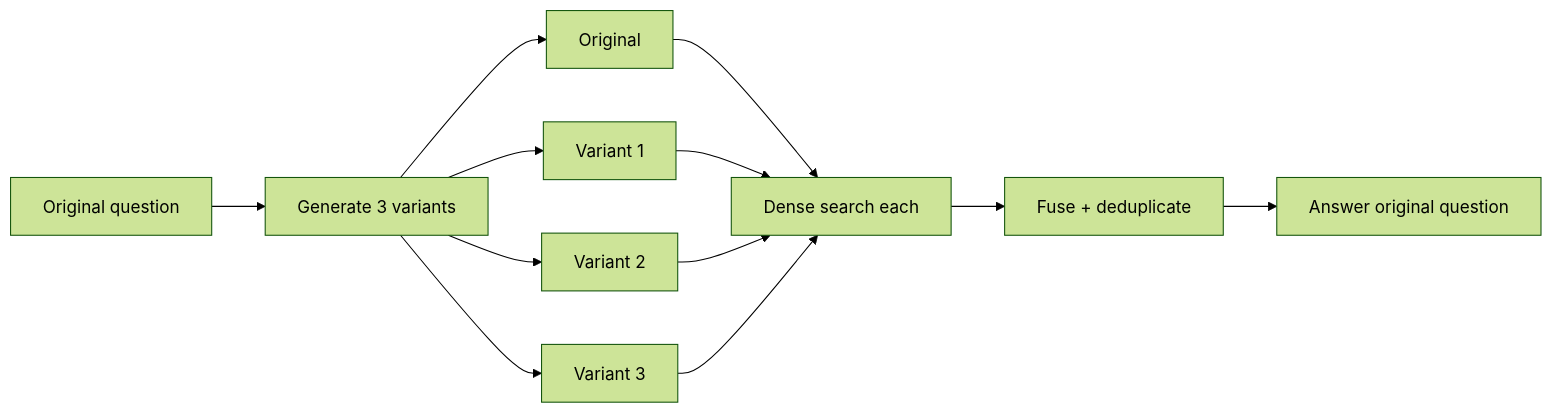
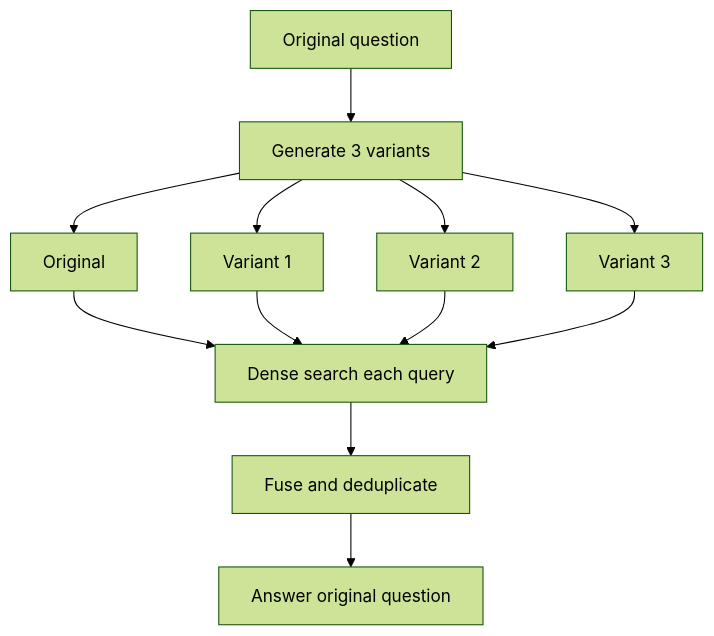
One commit to rajeswarandhandapani/rag-patterns-lab changed the first of 2 diagrams in src/rag_lab/labs/multi_query/README.md. Above: the diagram before and after it, drawn with Mermaid (forest theme). The commit also changed other lines of this file and 10 other files, not shown here.

````diff
--- a/src/rag_lab/labs/multi_query/README.md
+++ b/src/rag_lab/labs/multi_query/README.md
@@ -10,10 +10,14 @@
 ```mermaid
-flowchart LR
-    Q[Original question] --> Expand[Generate 3 variants]
-    Expand --> Q1[Original]
-    Expand --> Q2[Variant 1]
-    Expand --> Q3[Variant 2]
-    Expand --> Q4[Variant 3]
-    Q1 & Q2 & Q3 & Q4 --> Search[Dense search each]
-    Search --> RRF[Fuse + deduplicate] --> Chat[Answer original question]
+flowchart TD
+    Q["Original question"] --> Expand["Generate 3 variants"]
+    Expand --> Q1["Original"]
+    Expand --> Q2["Variant 1"]
+    Expand --> Q3["Variant 2"]
+    Expand --> Q4["Variant 3"]
+    Q1 --> Search["Dense search each query"]
+    Q2 --> Search
+    Q3 --> Search
+    Q4 --> Search
+    Search --> RRF["Fuse and deduplicate"]
+    RRF --> Chat["Answer original question"]
 ```
````
